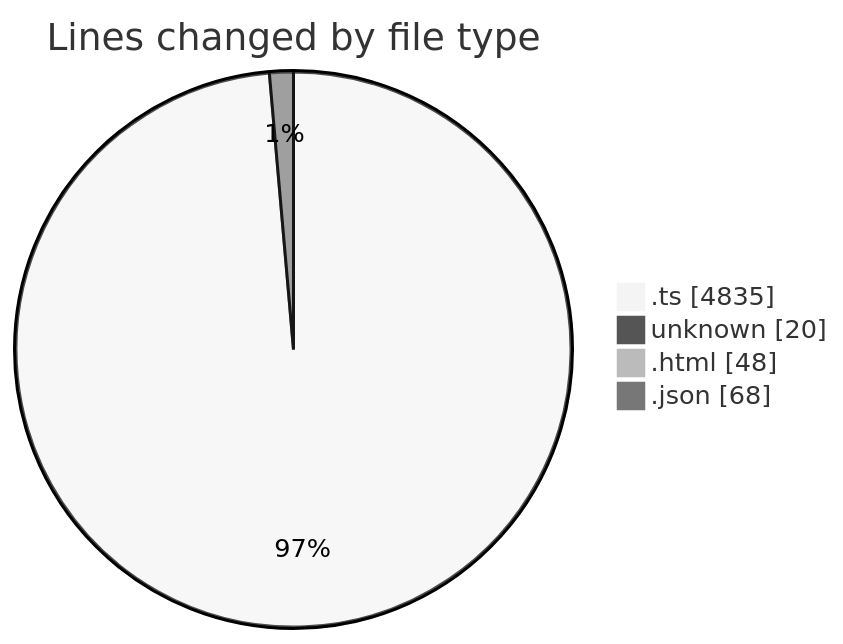
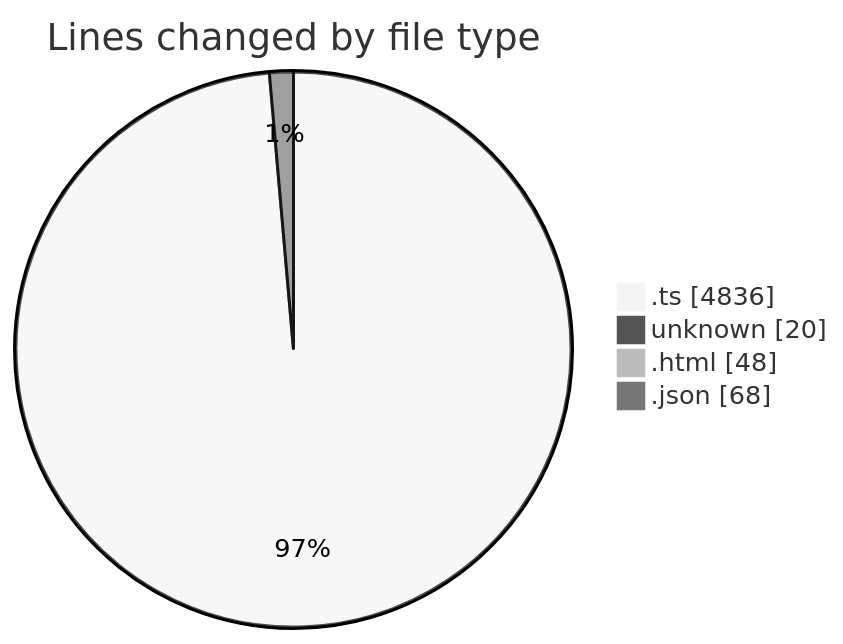
One commit to tmsrecording-cyber/code-tracking changed the first of 2 diagrams in 2026-02-06/singularitybrainai/README.md. Above: the diagram before and after it, drawn with Mermaid (neutral theme). The commit also changed other lines of this file and 1 other file, not shown here.

````diff
--- a/2026-02-06/singularitybrainai/README.md
+++ b/2026-02-06/singularitybrainai/README.md
@@ -31,8 +31,8 @@
 ```mermaid
 pie showData
 title Lines changed by file type
-".ts" : 4835
+".ts" : 4836
 "unknown" : 20
 ".html" : 48
 ".json" : 68
 ```
````
